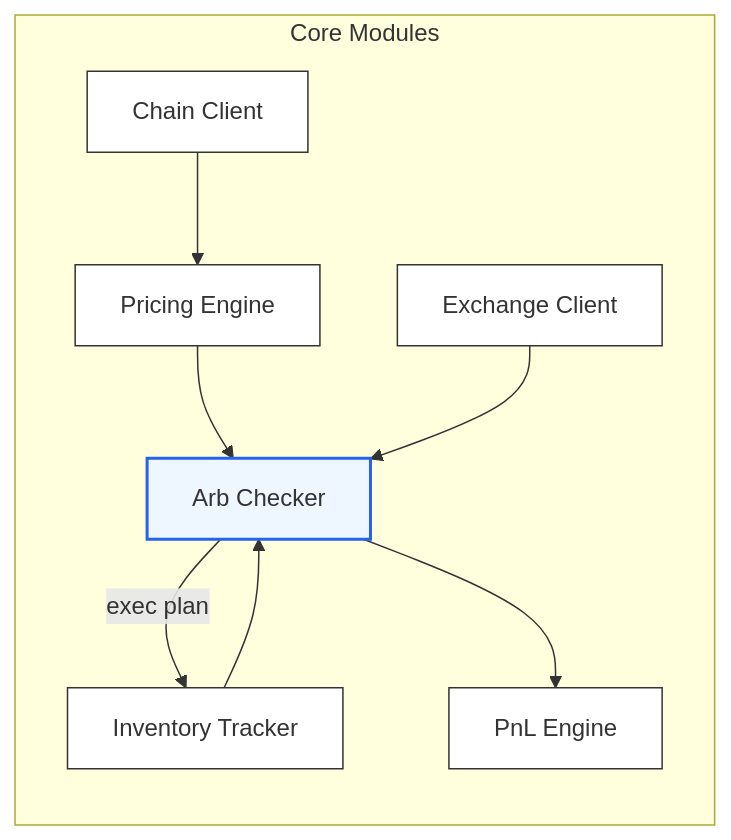
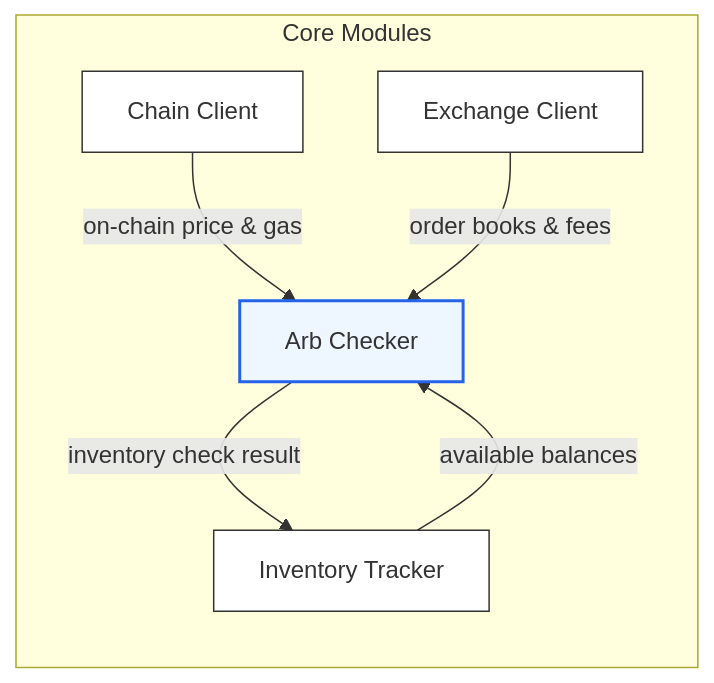
Before and after one commit to MaksimOstr/startModule: the first of 2 diagrams in Readme.md, drawn with Mermaid.

````diff
--- a/Readme.md
+++ b/Readme.md
@@ -32,25 +32,19 @@
 ```mermaid
 graph LR
     subgraph Core Modules
         CC[Chain Client]
         EC[Exchange Client]
-        PE[Pricing Engine]
         IT[Inventory Tracker]
-        PNL[PnL Engine]
         AC[Arb Checker]
     end
 
-    CC --> PE
-    PE --> AC
-    EC --> AC
-    IT --> AC
-    AC --> PNL
-    AC -->|exec plan| IT
+    CC -->|on-chain price & gas| AC
+    EC -->|order books & fees| AC
+    IT -->|available balances| AC
+    AC -->|inventory check result| IT
 
     style AC fill:#eef7ff,stroke:#2563eb,stroke-width:2px
-    style PE fill:#fff,stroke:#333
     style EC fill:#fff,stroke:#333
     style CC fill:#fff,stroke:#333
     style IT fill:#fff,stroke:#333
-    style PNL fill:#fff,stroke:#333
 ```
````
